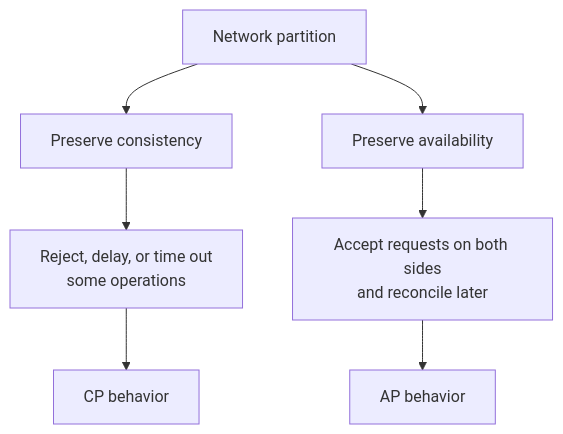
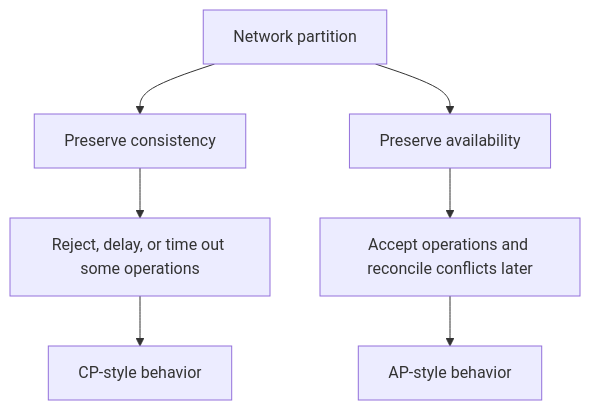
The fourth of 9 diagrams in src/content/system-design/consistency-cap-retries.md (AvadhBhalodiya/Interview-Preparation), drawn with Mermaid before and after one commit. The commit also changed other lines of this file and 54 other files, not shown here.

````diff
--- a/src/content/system-design/consistency-cap-retries.md
+++ b/src/content/system-design/consistency-cap-retries.md
@@ -276,9 +232,11 @@
 ```mermaid
 flowchart TD
-    PART[Network partition] --> CONS[Preserve consistency]
-    PART --> AVAIL[Preserve availability]
-    CONS --> REJECT["Reject, delay, or time out<br/>some operations"]
-    AVAIL --> ACCEPT[Accept requests on both sides<br/>and reconcile later]
-    REJECT --> CP[CP behavior]
-    ACCEPT --> AP[AP behavior]
+    P[Network partition] --> C[Preserve consistency]
+    P --> A[Preserve availability]
+
+    C --> R[Reject, delay, or time out some operations]
+    A --> W[Accept operations and reconcile conflicts later]
+
+    R --> CP[CP-style behavior]
+    W --> AP[AP-style behavior]
 ```
````
